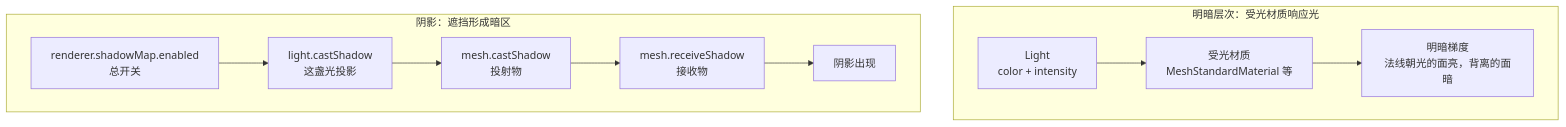
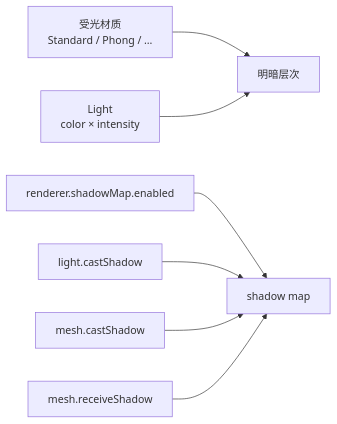
Before and after one commit to zhbhun/frontend-learning: the diagram in language/javascript/library/ui/3d/three.js/cheatsheets/lighting-and-shadows/README.mdx, drawn with Mermaid. The commit also changed other lines of this file and 108 other files, not shown here.

````diff
--- a/language/javascript/library/ui/3d/three.js/cheatsheets/lighting-and-shadows/README.mdx
+++ b/language/javascript/library/ui/3d/three.js/cheatsheets/lighting-and-shadows/README.mdx
@@ -15,13 +17,18 @@
 ```mermaid
-flowchart TD
-  subgraph Shading["明暗层次：受光材质响应光"]
-    SL["Light<br/>color + intensity"] --> Mat["受光材质<br/>MeshStandardMaterial 等"]
-    Mat --> Grad["明暗梯度<br/>法线朝光的面亮，背离的面暗"]
-  end
-  subgraph Shadow["阴影：遮挡形成暗区"]
-    RE["renderer.shadowMap.enabled<br/>总开关"] --> LC["light.castShadow<br/>这盏光投影"]
-    LC --> MC["mesh.castShadow<br/>投射物"]
-    MC --> GR["mesh.receiveShadow<br/>接收物"]
-    GR --> ShadowOn["阴影出现"]
-  end
+flowchart LR
+  lit["受光材质<br/>Standard / Phong / …"]
+  light["Light<br/>color × intensity"]
+  shade["明暗层次"]
+  lit --> shade
+  light --> shade
+
+  sm["renderer.shadowMap.enabled"]
+  lc["light.castShadow"]
+  cs["mesh.castShadow"]
+  rs["mesh.receiveShadow"]
+  map["shadow map"]
+  sm --> map
+  lc --> map
+  cs --> map
+  rs --> map
 ```
````
